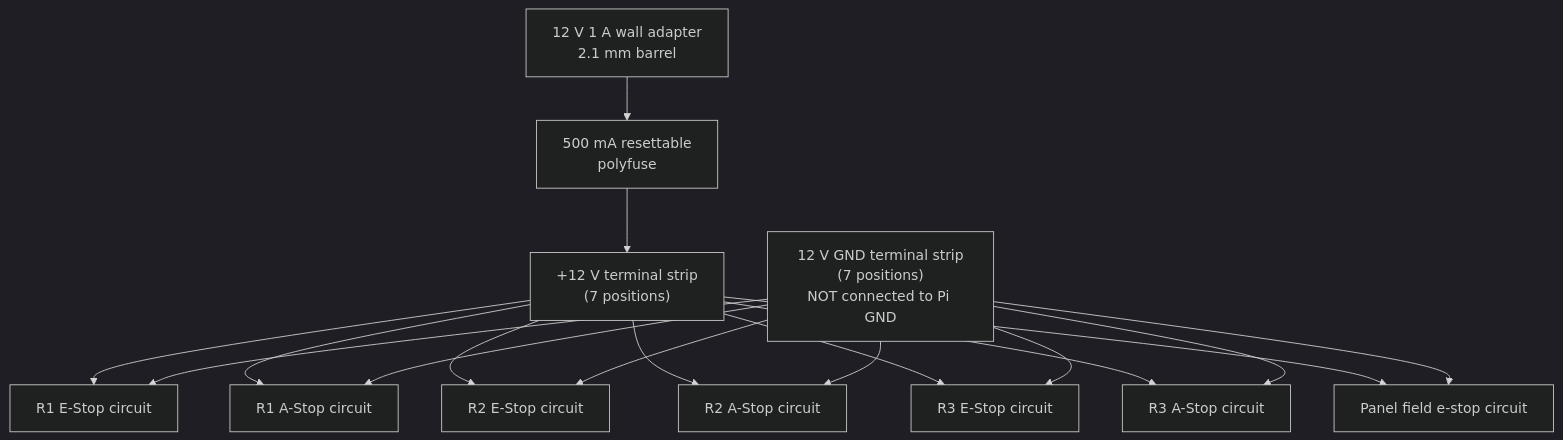
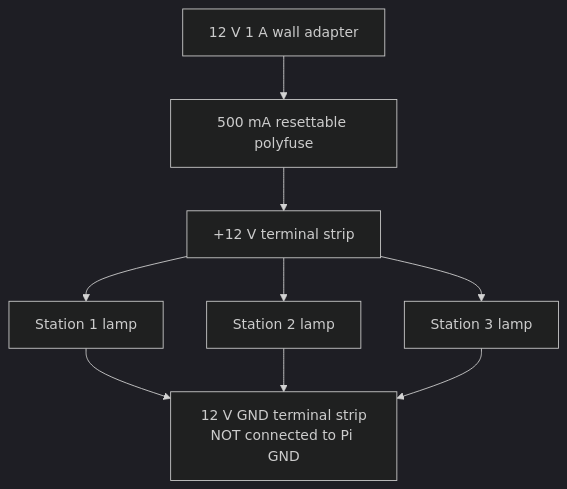
Before and after one commit to Team841/bioarena: the fifth of 5 diagrams in docs/hardware-wiring.md, drawn with Mermaid (dark theme). The commit also changed other lines of this file and 32 other files, not shown here.

````diff
--- a/docs/hardware-wiring.md
+++ b/docs/hardware-wiring.md
@@ -246,22 +244,14 @@
 ```mermaid
 flowchart TB
-    WALL["12 V 1 A wall adapter\n2.1 mm barrel"] --> FUSE["500 mA resettable\npolyfuse"]
-    FUSE --> PBUS["+12 V terminal strip\n(7 positions)"]
-    GBUS["12 V GND terminal strip\n(7 positions)\nNOT connected to Pi GND"]
+    WALL["12 V 1 A wall adapter"] --> FUSE["500 mA resettable polyfuse"]
+    FUSE --> PBUS["+12 V terminal strip"]
+    GBUS["12 V GND terminal strip\nNOT connected to Pi GND"]
 
-    PBUS --> R1E["R1 E-Stop circuit"]
-    PBUS --> R1A["R1 A-Stop circuit"]
-    PBUS --> R2E["R2 E-Stop circuit"]
-    PBUS --> R2A["R2 A-Stop circuit"]
-    PBUS --> R3E["R3 E-Stop circuit"]
-    PBUS --> R3A["R3 A-Stop circuit"]
-    PBUS --> FE["Panel field e-stop circuit"]
+    PBUS --> L1["Station 1 lamp"]
+    PBUS --> L2["Station 2 lamp"]
+    PBUS --> L3["Station 3 lamp"]
 
-    GBUS --> R1E
-    GBUS --> R1A
-    GBUS --> R2E
-    GBUS --> R2A
-    GBUS --> R3E
-    GBUS --> R3A
-    GBUS --> FE
+    L1 --> GBUS
+    L2 --> GBUS
+    L3 --> GBUS
 ```
````
